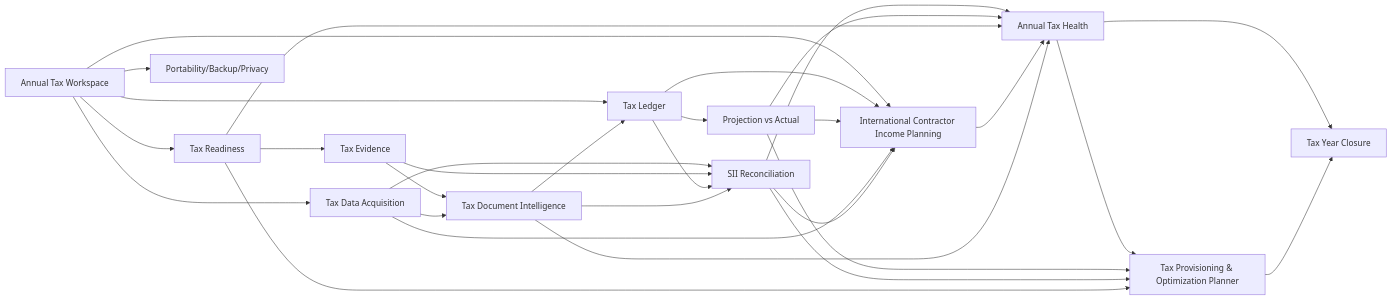
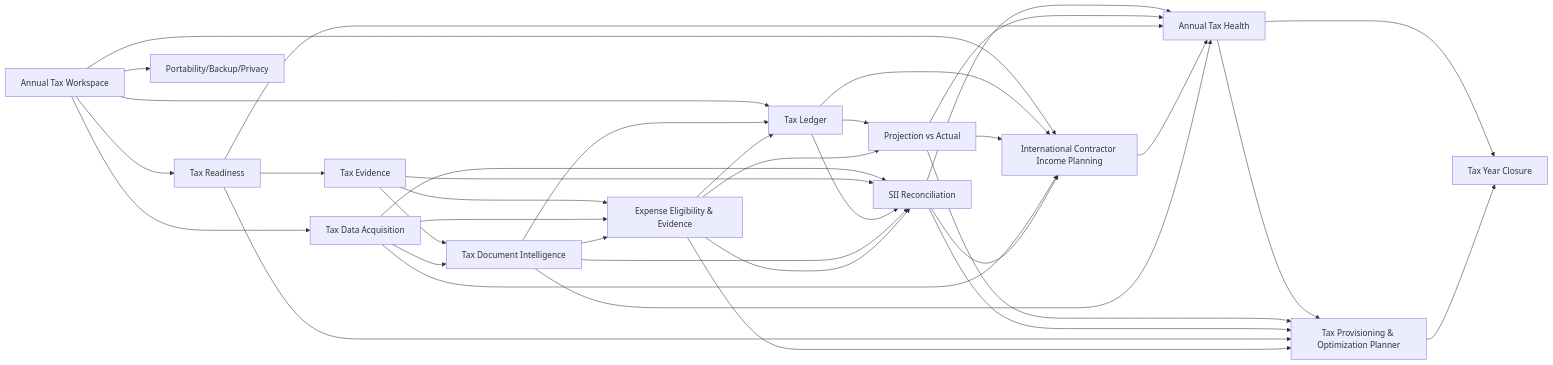
Before and after one commit to adumun/personal-tax-ledger: the diagram in docs/backlog/tax-management-expansion.md, drawn with Mermaid. The commit also changed other lines of this file, not shown here.

Commit message:
docs: add expense eligibility and evidence epic

````diff
--- a/docs/backlog/tax-management-expansion.md
+++ b/docs/backlog/tax-management-expansion.md
@@ -100,35 +128,43 @@
 ```mermaid
 flowchart LR
   W[Annual Tax Workspace] --> R[Tax Readiness]
   W --> L[Tax Ledger]
   W --> A[Tax Data Acquisition]
   R --> E[Tax Evidence]
   L --> P[Projection vs Actual]
   A --> C[SII Reconciliation]
   E --> C
   L --> C
   C --> H[Annual Tax Health]
   P --> H
   R --> H
   H --> Y[Tax Year Closure]
   W --> B[Portability/Backup/Privacy]
 
   W --> IC[International Contractor Income Planning]
   L --> IC
   P --> IC
   A --> IC
   C --> IC
   IC --> H
 
   H --> O[Tax Provisioning & Optimization Planner]
   P --> O
   C --> O
   R --> O
   O --> Y
 
   E --> D[Tax Document Intelligence]
   A --> D
   D --> L
   D --> C
   D --> H
+
+  E --> X[Expense Eligibility & Evidence]
+  A --> X
+  D --> X
+  X --> L
+  X --> P
+  X --> O
+  X --> C
 ```
````
